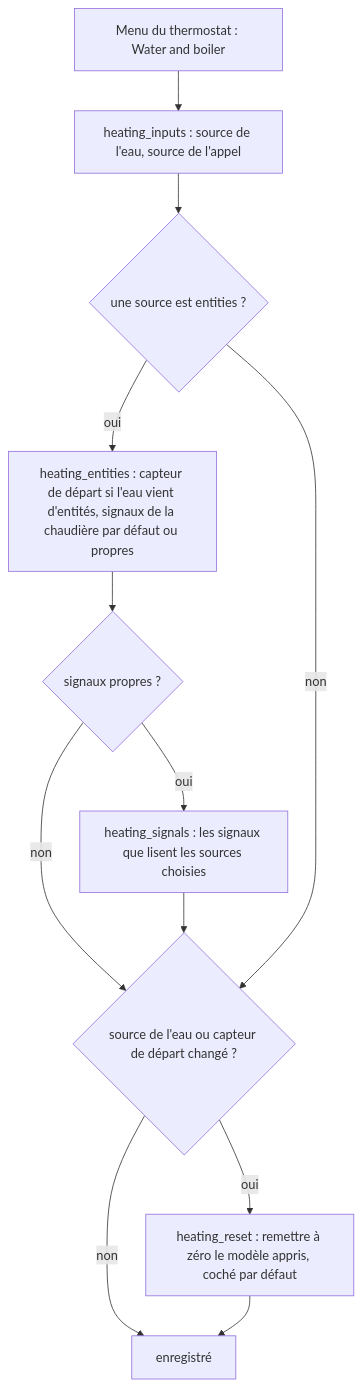
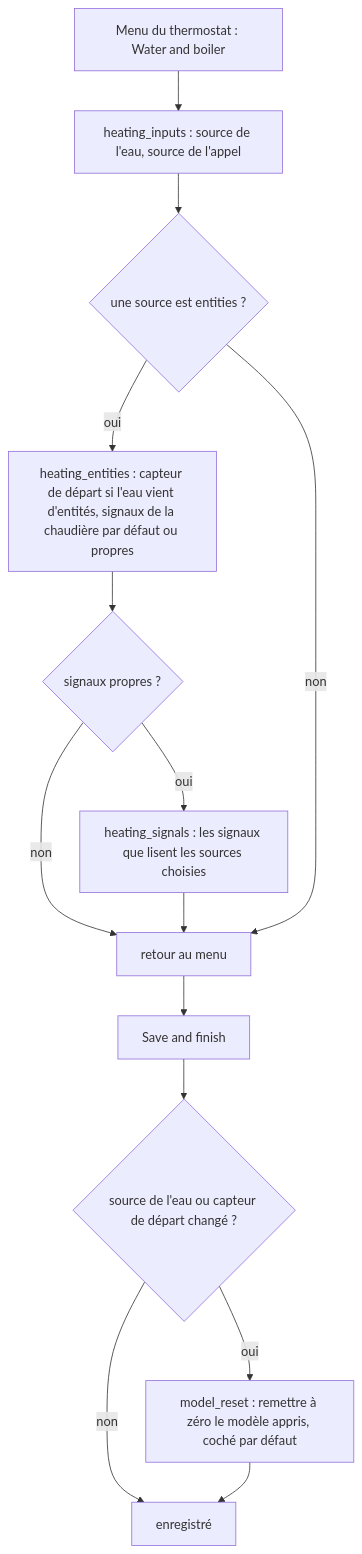
Before and after one commit to Shadow-230/vtherm_smartpi: the first of 6 diagrams in documentation/fr/water_input.md, drawn with Mermaid. The commit also changed other lines of this file and 28 other files, not shown here.

````diff
--- a/documentation/fr/water_input.md
+++ b/documentation/fr/water_input.md
@@ -131,14 +134,16 @@
 ```mermaid
 flowchart TD
     M["Menu du thermostat : Water and boiler"] --> S["heating_inputs : source de l'eau, source de l'appel"]
     S --> E{"une source est entities ?"}
     E -- oui --> F["heating_entities : capteur de départ si l'eau vient d'entités, signaux de la chaudière par défaut ou propres"]
     F --> O{"signaux propres ?"}
     O -- oui --> G["heating_signals : les signaux que lisent les sources choisies"]
-    O -- non --> R
-    G --> R{"source de l'eau ou capteur de départ changé ?"}
-    E -- non --> R
-    R -- oui --> Q["heating_reset : remettre à zéro le modèle appris, coché par défaut"]
+    O -- non --> B["retour au menu"]
+    G --> B
+    E -- non --> B
+    B --> SV["Save and finish"]
+    SV --> R{"source de l'eau ou capteur de départ changé ?"}
+    R -- oui --> Q["model_reset : remettre à zéro le modèle appris, coché par défaut"]
     R -- non --> V["enregistré"]
     Q --> V
 ```
````
